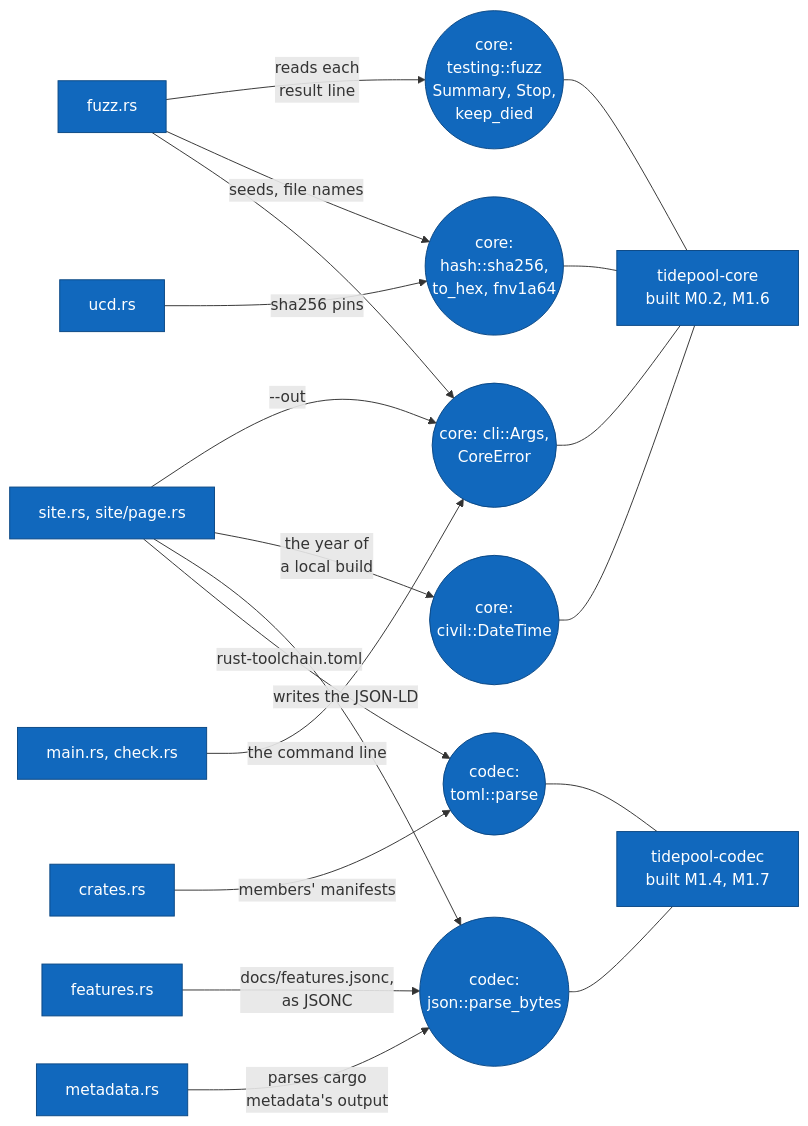
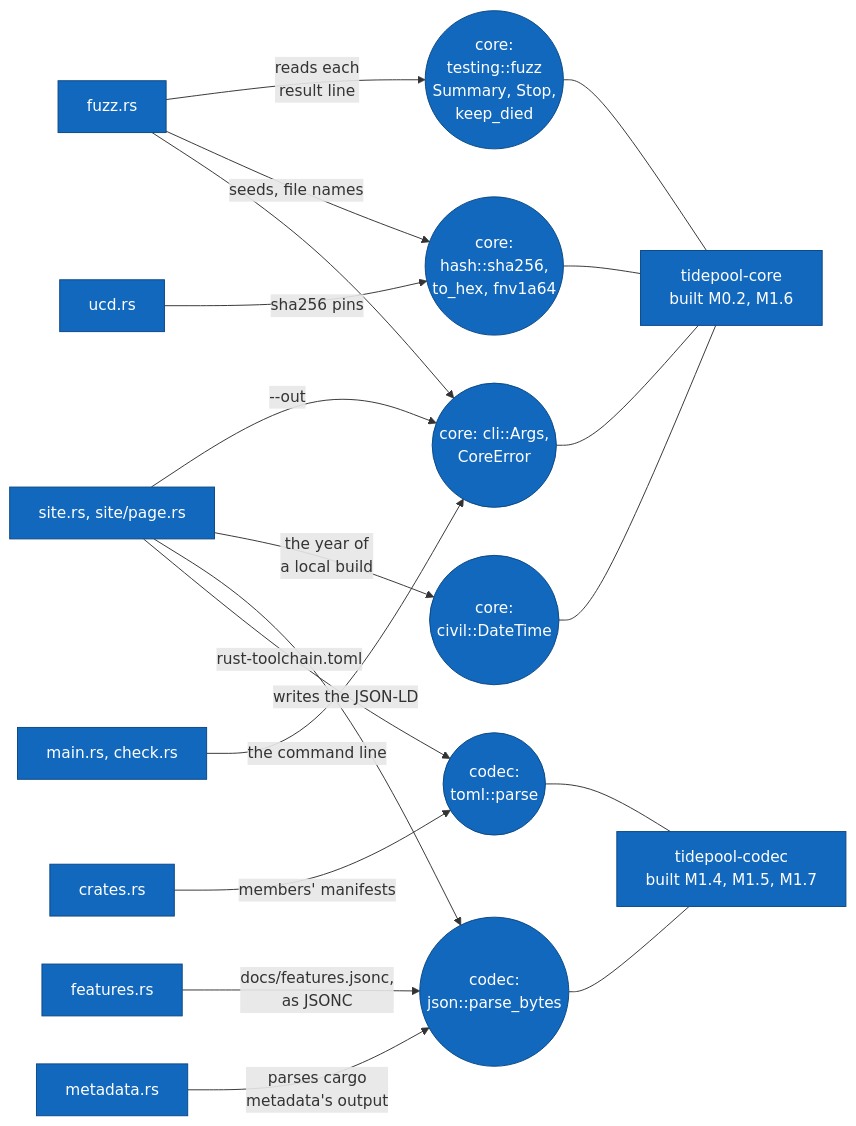
One commit to jabbott-iii/Tidepool changed diagram 19 of 21 in diagrams/component-diagrams.md. Above: the diagram before and after it, drawn with Mermaid. The commit also changed other lines of this file and 30 other files, not shown here.

````diff
--- a/diagrams/component-diagrams.md
+++ b/diagrams/component-diagrams.md
@@ -1038,44 +1040,44 @@
 ```mermaid
 flowchart LR
     c_main["main.rs, check.rs"]
     c_ucd["ucd.rs"]
     c_fuzz["fuzz.rs"]
     c_meta["metadata.rs"]
     c_crates["crates.rs"]
     c_features["features.rs"]
     c_site["site.rs, site/page.rs"]
 
     i_cli(("core: cli::Args,<br/>CoreError"))
     i_hash(("core:<br/>hash::sha256,<br/>to_hex, fnv1a64"))
     i_fuzzapi(("core:<br/>testing::fuzz<br/>Summary, Stop,<br/>keep_died"))
     i_json(("codec:<br/>json::parse_bytes"))
     i_toml(("codec:<br/>toml::parse"))
     i_civil(("core:<br/>civil::DateTime"))
 
     c_core["tidepool-core<br/>built M0.2, M1.6"]
-    c_codec["tidepool-codec<br/>built M1.4, M1.7"]
+    c_codec["tidepool-codec<br/>built M1.4, M1.5, M1.7"]
 
     c_main -->|"the command line"| i_cli
     c_fuzz --> i_cli
     c_ucd -->|"sha256 pins"| i_hash
     c_fuzz -->|"seeds, file names"| i_hash
     c_fuzz -->|"reads each<br/>result line"| i_fuzzapi
     c_meta -->|"parses cargo<br/>metadata's output"| i_json
     c_crates -->|"members' manifests"| i_toml
     c_features -->|"docs/features.jsonc,<br/>as JSONC"| i_json
     c_site -->|"rust-toolchain.toml"| i_toml
     c_site -->|"writes the JSON-LD"| i_json
     c_site -->|"the year of<br/>a local build"| i_civil
     c_site -->|"--out"| i_cli
 
     i_cli --- c_core
     i_hash --- c_core
     i_fuzzapi --- c_core
     i_json --- c_codec
     i_toml --- c_codec
     i_civil --- c_core
 
     classDef built fill:#1168bd,stroke:#0b4884,color:#ffffff
     class c_main,c_ucd,c_fuzz,c_meta,c_crates,c_features,c_site,c_core,c_codec built
     class i_cli,i_hash,i_fuzzapi,i_json,i_toml,i_civil built
 ```
````
